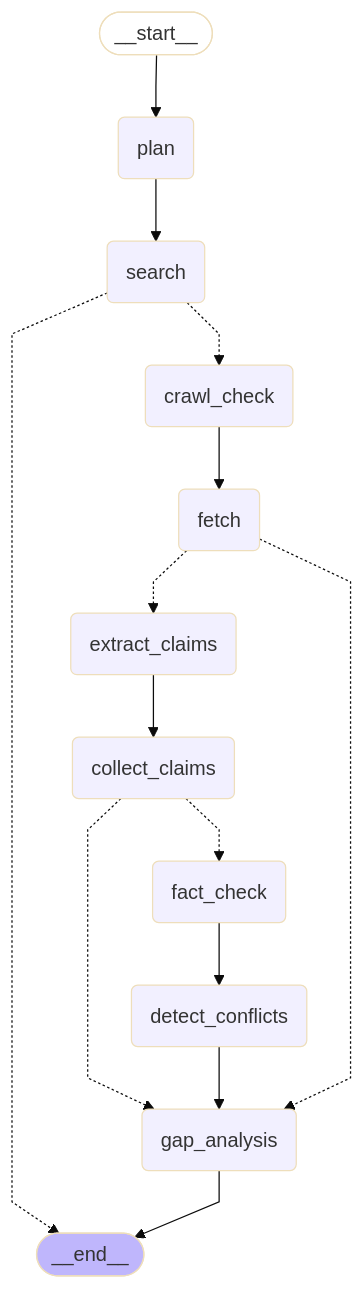
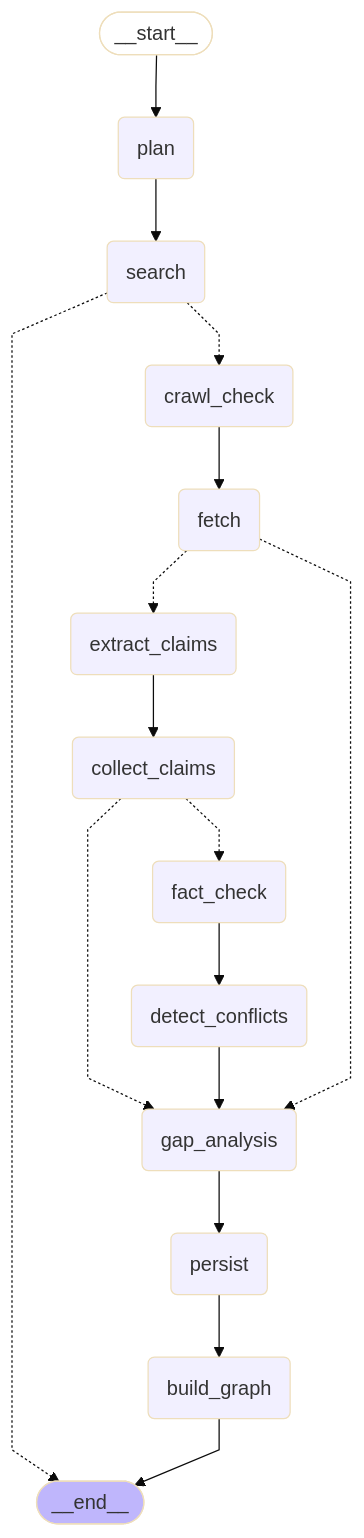
The diagram in backend/docs/workflow.mmd (msmsriram/case-study-nov), drawn with Mermaid (base theme) before and after one commit. The commit also changed 13 other files, not shown here.

```diff
--- a/backend/docs/workflow.mmd
+++ b/backend/docs/workflow.mmd
@@ -1,33 +1,37 @@
 ---
 config:
   flowchart:
     curve: linear
 ---
 graph TD;
 	__start__([<p>__start__</p>]):::first
 	plan(plan)
 	search(search)
 	crawl_check(crawl_check)
 	fetch(fetch)
 	extract_claims(extract_claims)
 	collect_claims(collect_claims)
 	fact_check(fact_check)
 	detect_conflicts(detect_conflicts)
 	gap_analysis(gap_analysis)
+	persist(persist)
+	build_graph(build_graph)
 	__end__([<p>__end__</p>]):::last
 	__start__ --> plan;
 	collect_claims -.-> fact_check;
 	collect_claims -.-> gap_analysis;
 	crawl_check --> fetch;
 	detect_conflicts --> gap_analysis;
 	extract_claims --> collect_claims;
 	fact_check --> detect_conflicts;
 	fetch -.-> extract_claims;
 	fetch -.-> gap_analysis;
+	gap_analysis --> persist;
+	persist --> build_graph;
 	plan --> search;
 	search -.-> __end__;
 	search -.-> crawl_check;
-	gap_analysis --> __end__;
+	build_graph --> __end__;
 	classDef default fill:#f2f0ff,line-height:1.2
 	classDef first fill-opacity:0
 	classDef last fill:#bfb6fc
```
